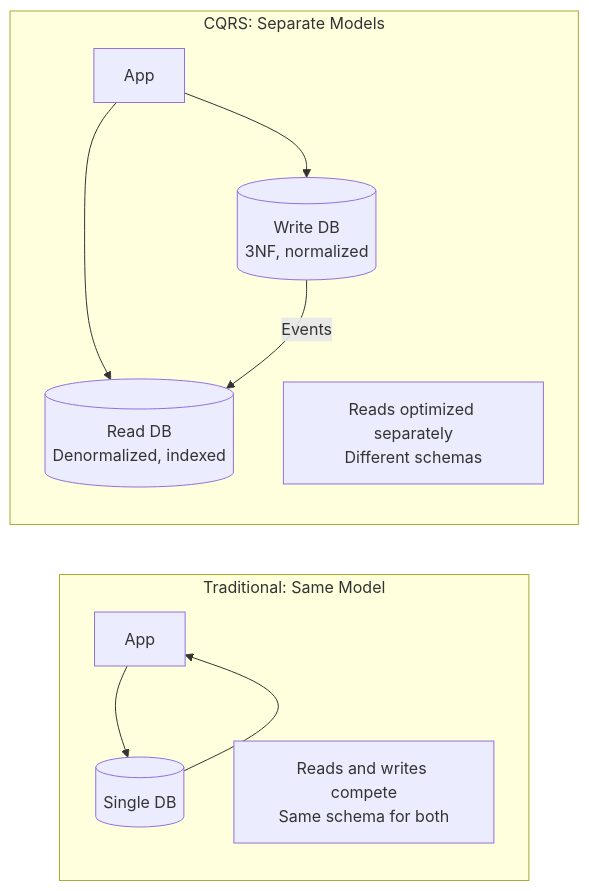
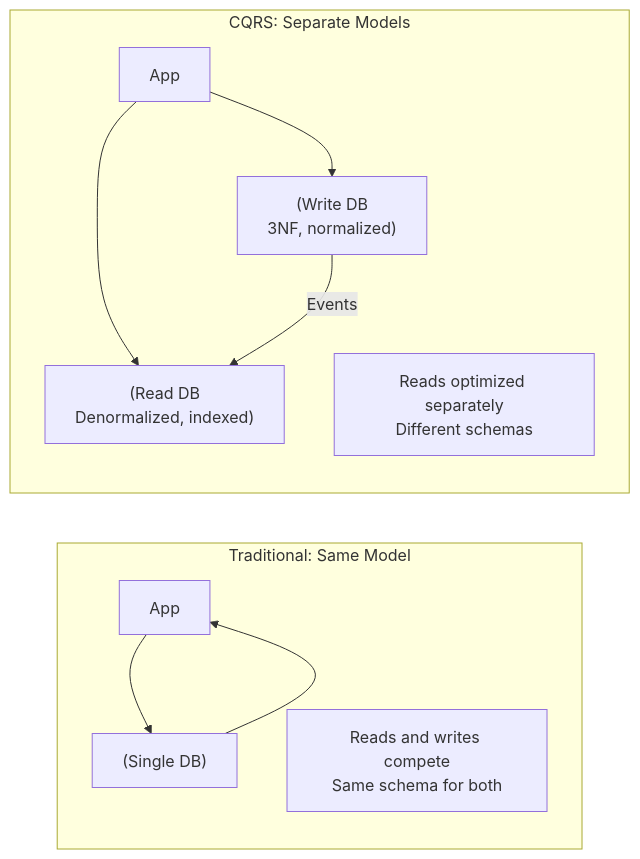
One commit to vanos001/placement_prep changed diagram 11 of 14 in src/backend/patterns/README.md. Above: the diagram before and after it, drawn with Mermaid. The commit also changed other lines of this file and 19 other files, not shown here.

First line of the commit message:
fix(mermaid,links): repair regressions after merging dev into dev2

````diff
--- a/src/backend/patterns/README.md
+++ b/src/backend/patterns/README.md
@@ -389,15 +389,15 @@
 ```mermaid
 graph LR
     subgraph "Traditional: Same Model"
-        APP[App] --> DB[(Single DB)]
+        APP[App] --> DB["(Single DB)"]
         DB --> APP
         Note1["Reads and writes compete<br/>Same schema for both"]
     end
 
     subgraph "CQRS: Separate Models"
-        APP2[App] --> W[(Write DB<br/>3NF, normalized)]
-        APP2 --> R[(Read DB<br/>Denormalized, indexed)]
+        APP2[App] --> W["(Write DB<br/>3NF, normalized)"]
+        APP2 --> R["(Read DB<br/>Denormalized, indexed)"]
         W -->|Events| R
         Note2["Reads optimized separately<br/>Different schemas"]
     end
 ```
````
